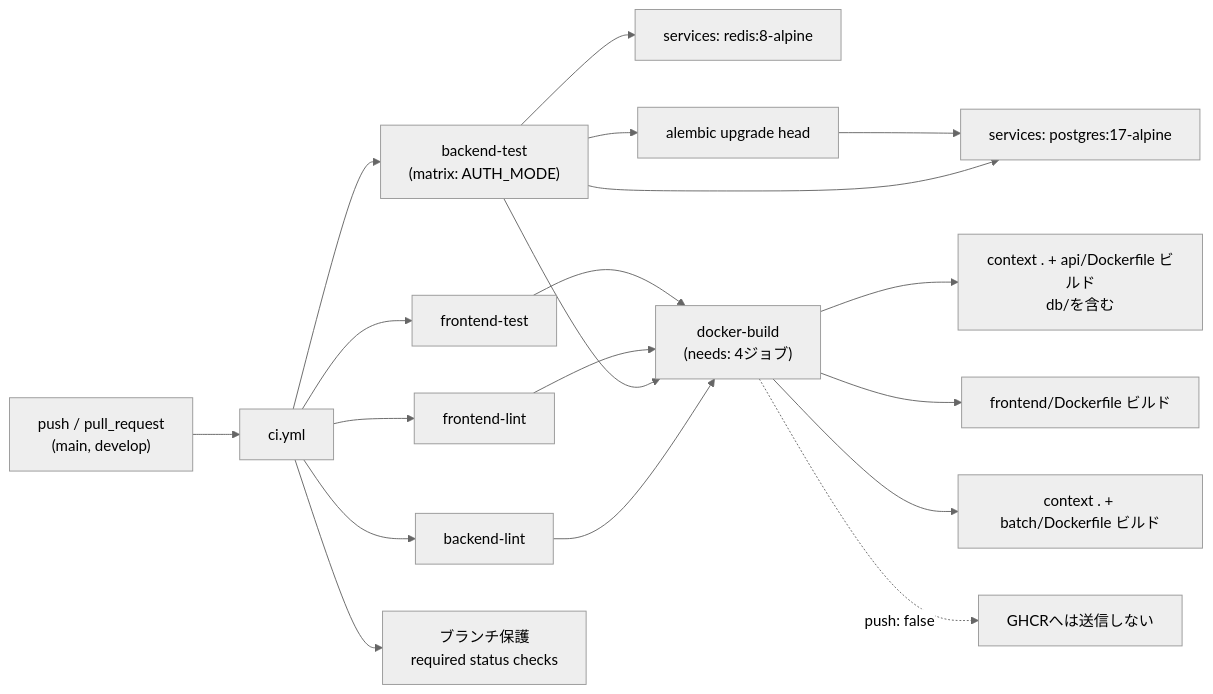
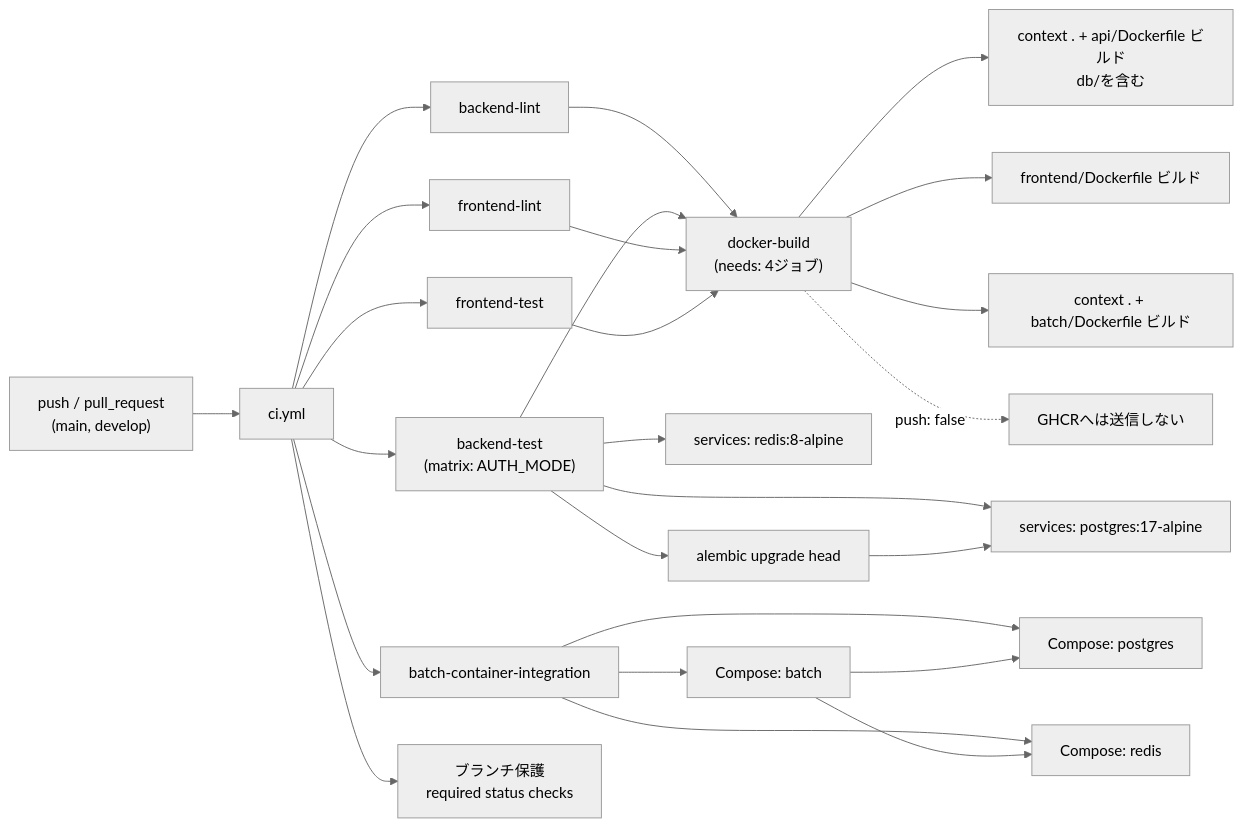
Before and after one commit to oikawa-d/task_management: the fourth of 4 diagrams in docs/detailed_design/infra/05_ci_workflow.md, drawn with Mermaid (neutral theme). The commit also changed other lines of this file and 9 other files, not shown here.

````diff
--- a/docs/detailed_design/infra/05_ci_workflow.md
+++ b/docs/detailed_design/infra/05_ci_workflow.md
@@ -219,21 +238,27 @@
 ```mermaid
 flowchart LR
     TRIG["push / pull_request<br/>(main, develop)"] --> WF["ci.yml"]
     WF --> BL["backend-lint"]
     WF --> BT["backend-test<br/>(matrix: AUTH_MODE)"]
     WF --> FL["frontend-lint"]
     WF --> FT["frontend-test"]
+    WF --> BI["batch-container-integration"]
+    BI --> BPG["Compose: postgres"]
+    BI --> BRD["Compose: redis"]
+    BI --> BATCH["Compose: batch"]
+    BATCH --> BPG
+    BATCH --> BRD
     BT --> PGSVC["services: postgres:17-alpine"]
     BT --> RDSVC["services: redis:8-alpine"]
     BT --> MIG["alembic upgrade head"]
     MIG --> PGSVC
     BL --> DB["docker-build<br/>(needs: 4ジョブ)"]
     BT --> DB
     FL --> DB
     FT --> DB
     DB --> IMGBE["context . + api/Dockerfile ビルド<br/>db/を含む"]
     DB --> IMGFE["frontend/Dockerfile ビルド"]
     DB --> IMGBA["context . + batch/Dockerfile ビルド"]
     DB -.->|"push: false"| NOPUSH["GHCRへは送信しない"]
     WF --> BP["ブランチ保護<br/>required status checks"]
 ```
````
